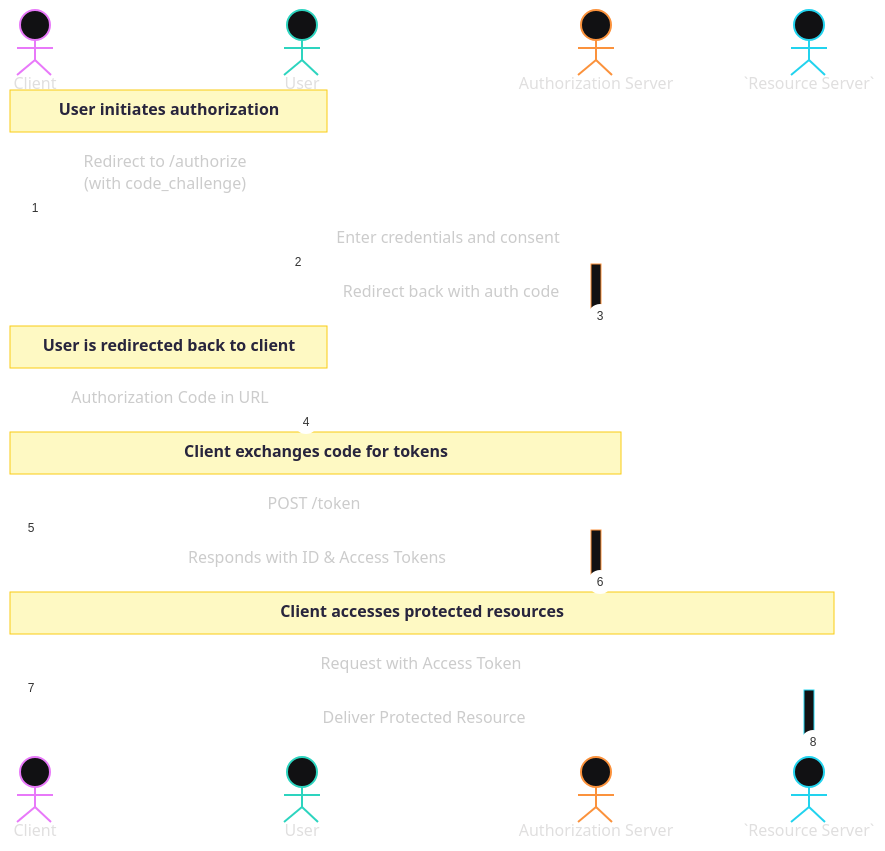
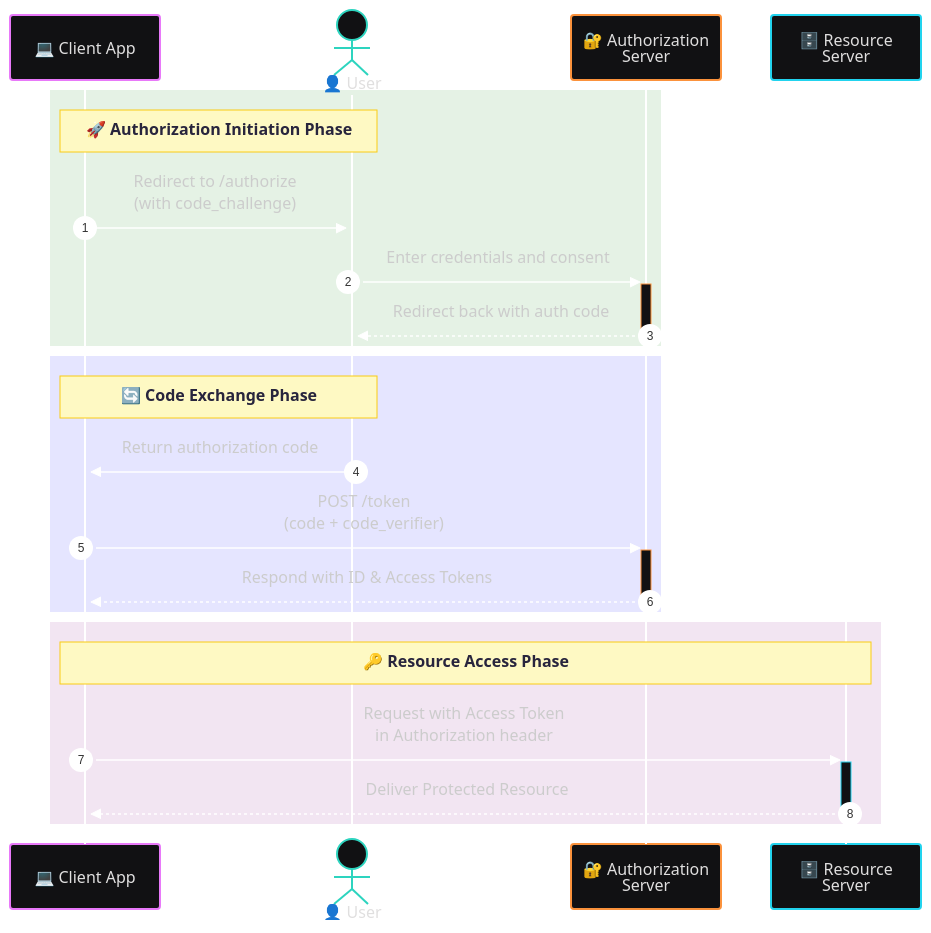
One commit to Shahriarin2garden/OIDC-with-flask changed the diagram in README.md. Above: the diagram before and after it, drawn with Mermaid.

````diff
--- a/README.md
+++ b/README.md
@@ -29,36 +29,43 @@
 ```mermaid
+---
 ---
 config:
   theme: redux-dark-color
   sequence:
     messageFontSize: 16
     actorFontSize: 16
     noteFontSize: 14
     actorFontFamily: Arial, sans-serif
     noteFontFamily: Arial, sans-serif
     messageFontFamily: Arial, sans-serif
   look: handDrawn
 ---
 sequenceDiagram
-  actor Client as Client
-  actor User as User
-  actor AuthServer as Authorization Server
-  actor ResourceServer as `Resource Server`
+  participant Client as 💻 Client App
+  actor User as 👤 User
+  participant AuthServer as 🔐 Authorization<br/>Server
+  participant ResourceServer as 🗄️ Resource<br/>Server
   autonumber
-  Note over Client, User: User initiates authorization
-  Client ->>+ User: Redirect to /authorize<br/>(with code_challenge)
-  User ->>+ AuthServer: Enter credentials and consent
-  AuthServer -->>- User: Redirect back with auth code
-  Note over User, Client: User is redirected back to client
-  User ->>+ Client: Authorization Code in URL
-  Note over Client, AuthServer: Client exchanges code for tokens
-  Client ->>+ AuthServer:    POST /token
-  AuthServer -->>- Client: Responds with ID & Access Tokens
-  Note over Client, ResourceServer: Client accesses protected resources
-  Client ->>+ ResourceServer: Request with Access Token
-  ResourceServer -->>- Client: Deliver Protected Resource
-
-
-
+  
+  rect rgba(0, 128, 0, 0.1)
+    Note over Client, User: 🚀 Authorization Initiation Phase
+    Client ->>+ User: Redirect to /authorize<br/>(with code_challenge)
+    User ->>+ AuthServer: Enter credentials and consent
+    AuthServer -->>- User: Redirect back with auth code
+  end
+  
+  rect rgba(0, 0, 255, 0.1)
+    Note over Client, User: 🔄 Code Exchange Phase
+    User ->>+ Client: Return authorization code
+    
+    Client ->>+ AuthServer: POST /token<br/>(code + code_verifier)
+    AuthServer -->>- Client: Respond with ID & Access Tokens
+  end
+  
+  rect rgba(128, 0, 128, 0.1)
+    Note over Client, ResourceServer: 🔑 Resource Access Phase
+    Client ->>+ ResourceServer: Request with Access Token<br/>in Authorization header
+    ResourceServer -->>- Client: Deliver Protected Resource
+  end
 
 ```
````
